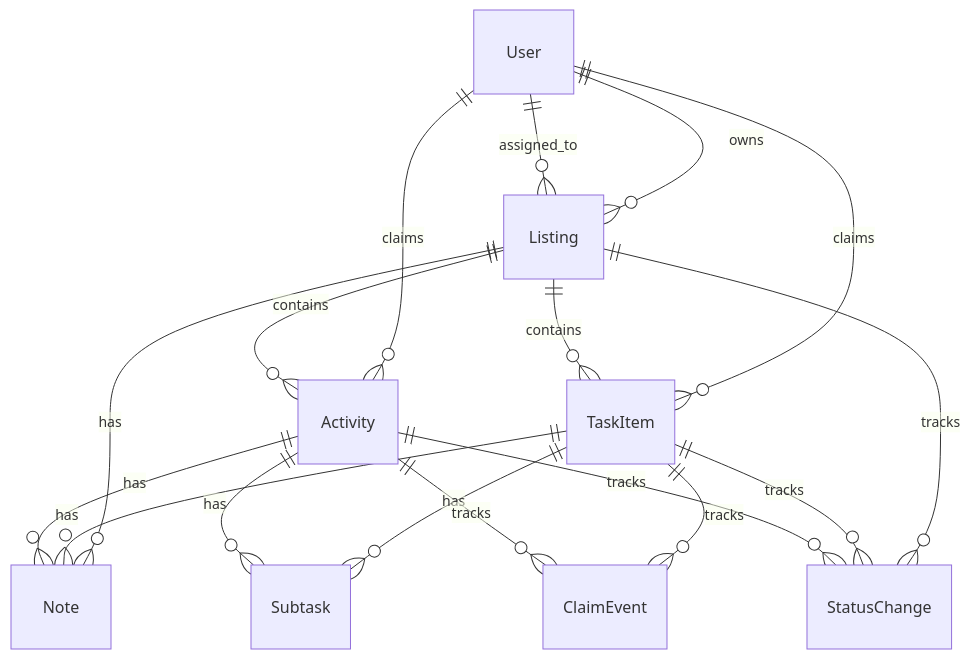
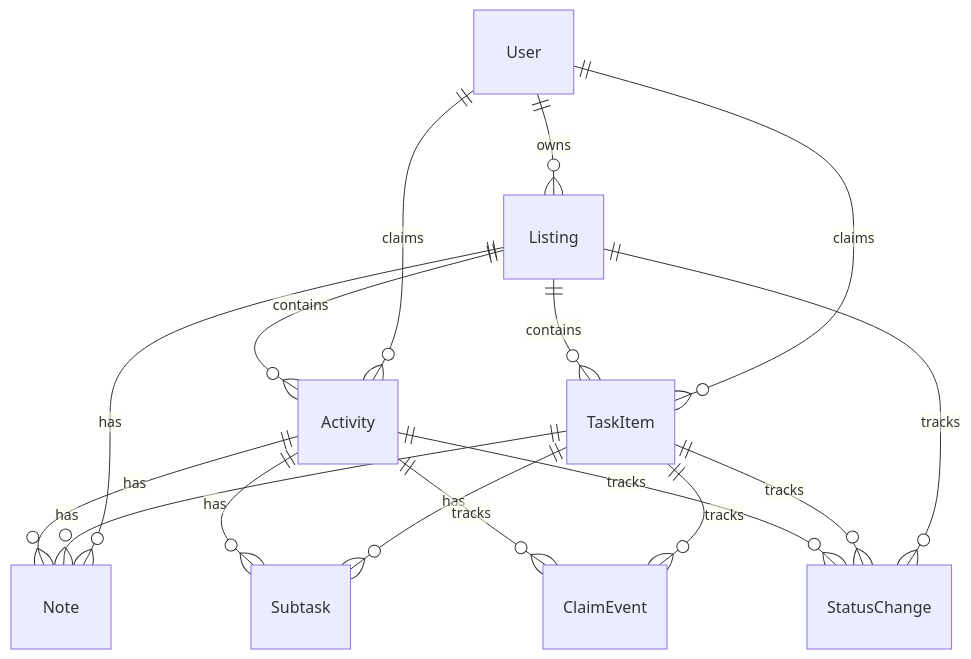
The second of 3 diagrams in DATA_SYSTEM.md (ArchieOS-org/Dispatch), drawn with Mermaid before and after one commit. The commit also changed other lines of this file and 2 other files, not shown here.

````diff
--- a/DATA_SYSTEM.md
+++ b/DATA_SYSTEM.md
@@ -303,22 +412,21 @@
 ```mermaid
 erDiagram
     User ||--o{ Listing : owns
-    User ||--o{ Listing : assigned_to
     User ||--o{ TaskItem : claims
     User ||--o{ Activity : claims
 
     Listing ||--o{ TaskItem : contains
     Listing ||--o{ Activity : contains
     Listing ||--o{ Note : has
     Listing ||--o{ StatusChange : tracks
 
     TaskItem ||--o{ Note : has
     TaskItem ||--o{ Subtask : has
     TaskItem ||--o{ StatusChange : tracks
     TaskItem ||--o{ ClaimEvent : tracks
 
     Activity ||--o{ Note : has
     Activity ||--o{ Subtask : has
     Activity ||--o{ StatusChange : tracks
     Activity ||--o{ ClaimEvent : tracks
 ```
````
